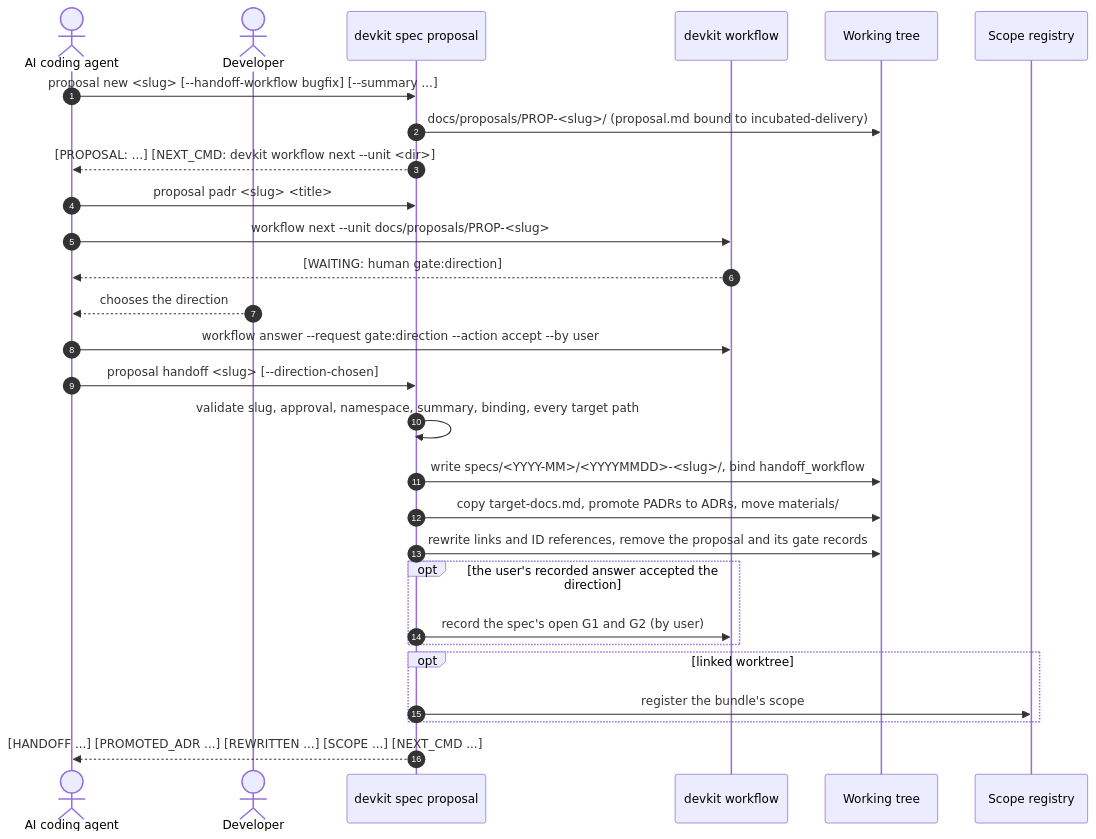
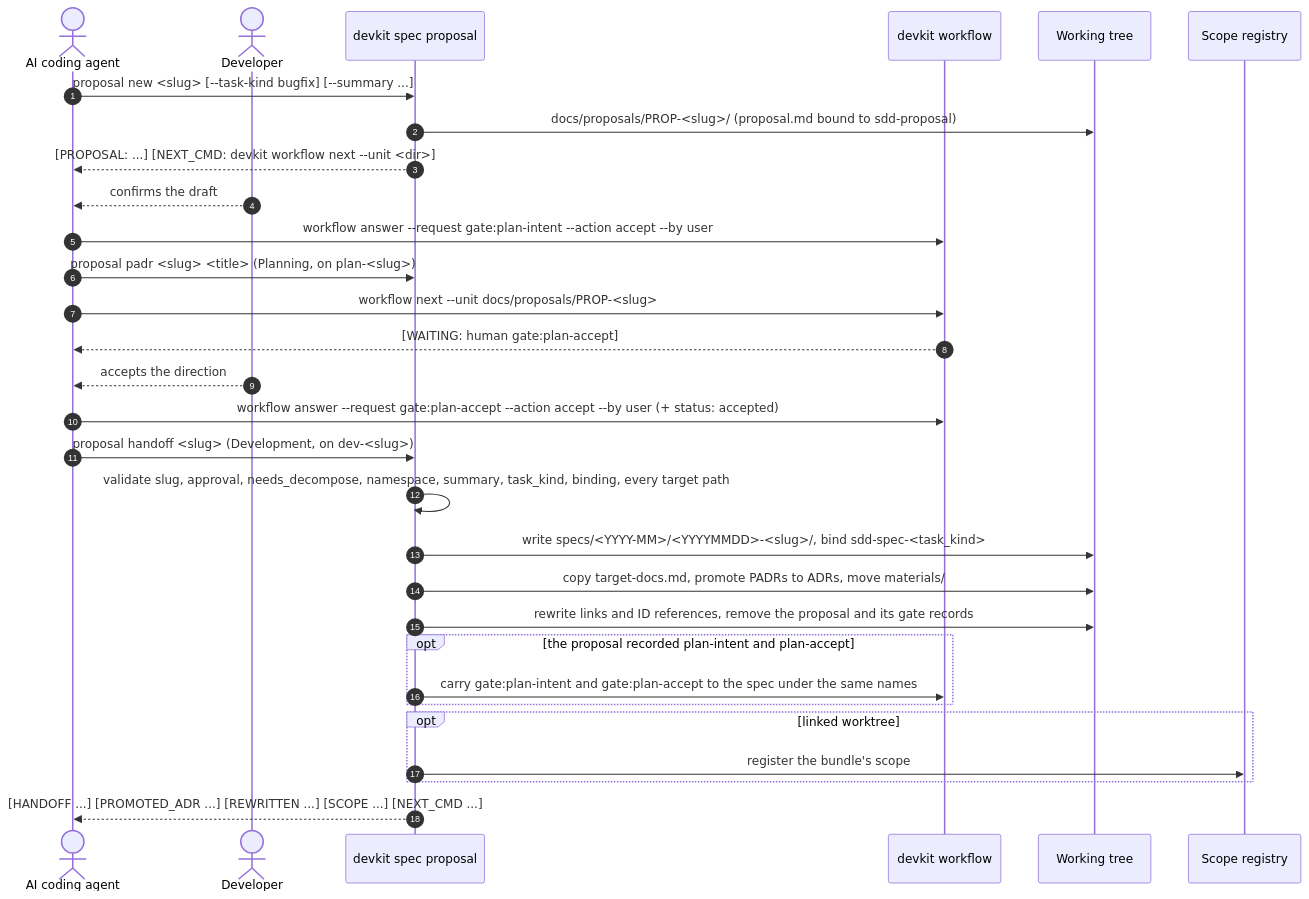
One commit to mjkimR/devkit-spec changed the second of 4 diagrams in docs/architecture/ARCH-06-runtime-view.md. Above: the diagram before and after it, drawn with Mermaid. The commit also changed other lines of this file and 82 other files, not shown here.

Commit message:
refactor: restructure delivery workflows, proposal routing, and worker subagents

````diff
--- a/docs/architecture/ARCH-06-runtime-view.md
+++ b/docs/architecture/ARCH-06-runtime-view.md
@@ -68,31 +70,33 @@
 ```mermaid
 sequenceDiagram
     autonumber
     actor Agent as AI coding agent
     actor User as Developer
     participant Spec as devkit spec proposal
     participant WF as devkit workflow
     participant FS as Working tree
     participant Reg as Scope registry
 
-    Agent->>Spec: proposal new <slug> [--handoff-workflow bugfix] [--summary ...]
-    Spec->>FS: docs/proposals/PROP-<slug>/ (proposal.md bound to incubated-delivery)
+    Agent->>Spec: proposal new <slug> [--task-kind bugfix] [--summary ...]
+    Spec->>FS: docs/proposals/PROP-<slug>/ (proposal.md bound to sdd-proposal)
     Spec-->>Agent: [PROPOSAL: ...] [NEXT_CMD: devkit workflow next --unit <dir>]
-    Agent->>Spec: proposal padr <slug> <title>
+    User-->>Agent: confirms the draft
+    Agent->>WF: workflow answer --request gate:plan-intent --action accept --by user
+    Agent->>Spec: proposal padr <slug> <title> (Planning, on plan-<slug>)
     Agent->>WF: workflow next --unit docs/proposals/PROP-<slug>
-    WF-->>Agent: [WAITING: human gate:direction]
-    User-->>Agent: chooses the direction
-    Agent->>WF: workflow answer --request gate:direction --action accept --by user
-    Agent->>Spec: proposal handoff <slug> [--direction-chosen]
-    Spec->>Spec: validate slug, approval, namespace, summary, binding, every target path
-    Spec->>FS: write specs/<YYYY-MM>/<YYYYMMDD>-<slug>/, bind handoff_workflow
+    WF-->>Agent: [WAITING: human gate:plan-accept]
+    User-->>Agent: accepts the direction
+    Agent->>WF: workflow answer --request gate:plan-accept --action accept --by user (+ status: accepted)
+    Agent->>Spec: proposal handoff <slug> (Development, on dev-<slug>)
+    Spec->>Spec: validate slug, approval, needs_decompose, namespace, summary, task_kind, binding, every target path
+    Spec->>FS: write specs/<YYYY-MM>/<YYYYMMDD>-<slug>/, bind sdd-spec-<task_kind>
     Spec->>FS: copy target-docs.md, promote PADRs to ADRs, move materials/
     Spec->>FS: rewrite links and ID references, remove the proposal and its gate records
-    opt the user's recorded answer accepted the direction
-        Spec->>WF: record the spec's open G1 and G2 (by user)
+    opt the proposal recorded plan-intent and plan-accept
+        Spec->>WF: carry gate:plan-intent and gate:plan-accept to the spec under the same names
     end
     opt linked worktree
         Spec->>Reg: register the bundle's scope
     end
     Spec-->>Agent: [HANDOFF ...] [PROMOTED_ADR ...] [REWRITTEN ...] [SCOPE ...] [NEXT_CMD ...]
 ```
````
